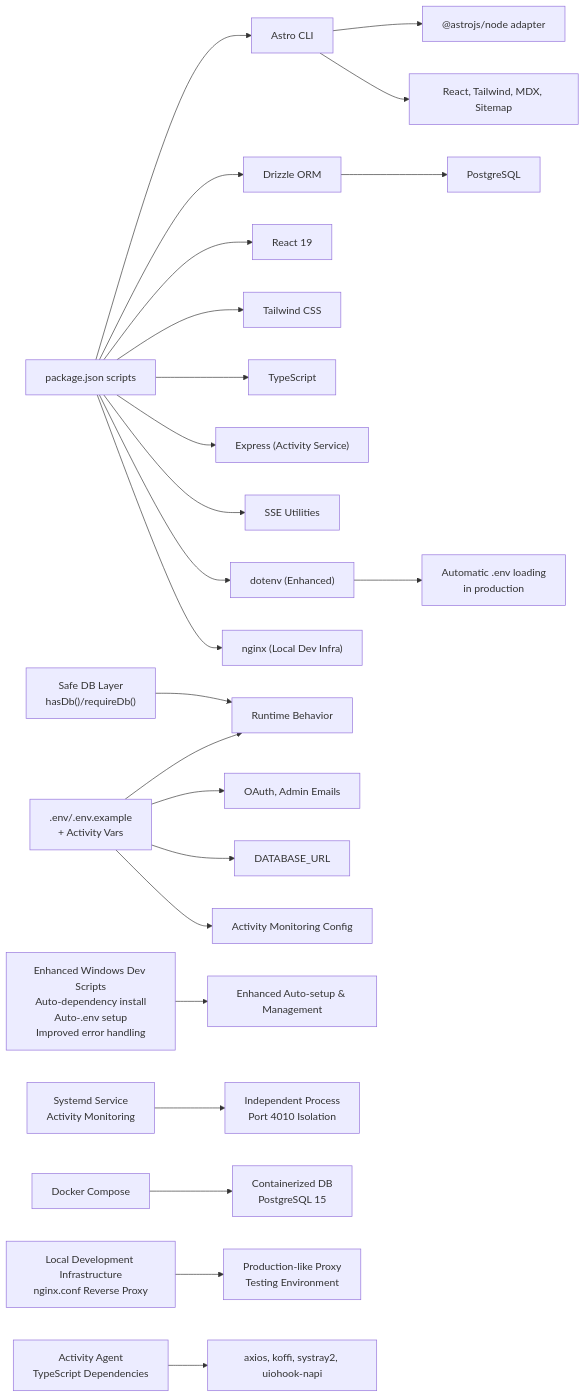
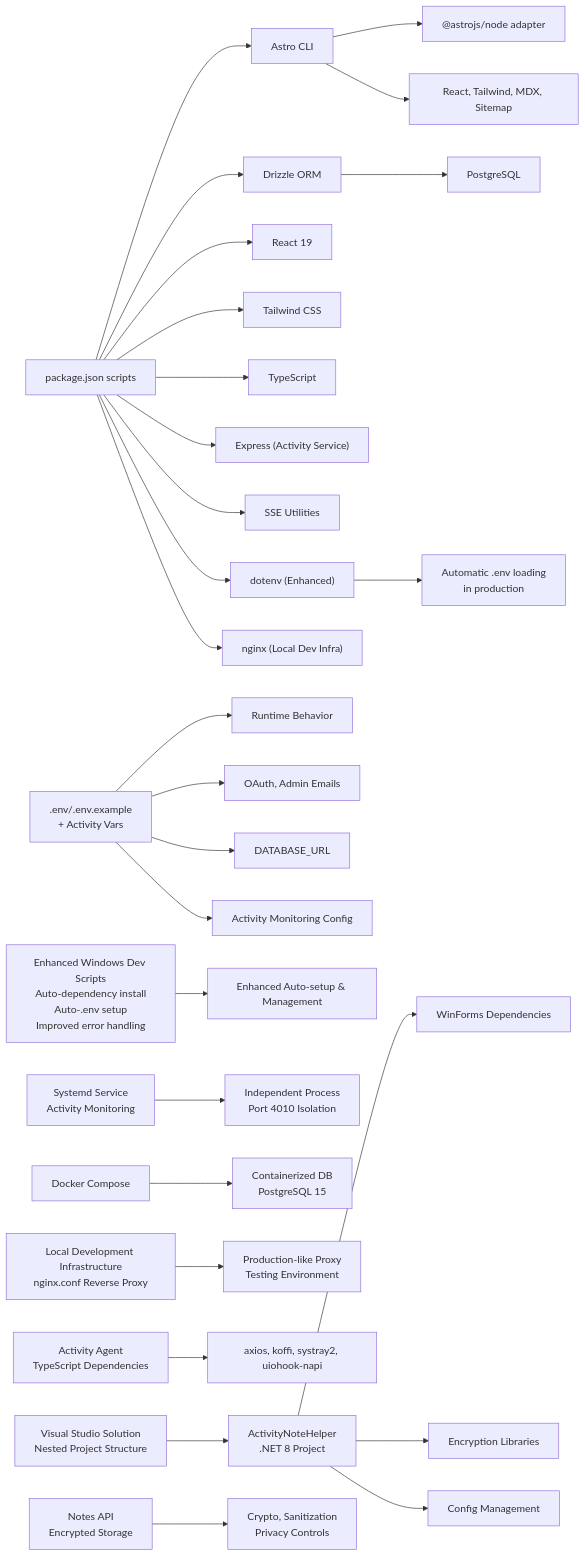
Diagram 17 of 17 in .qoder/repowiki/en/content/Build and Deployment.md (WizardJIOCb/rodion.pro), drawn with Mermaid before and after one commit. The commit also changed other lines of this file and 20 other files, not shown here.

````diff
--- a/.qoder/repowiki/en/content/Build and Deployment.md
+++ b/.qoder/repowiki/en/content/Build and Deployment.md
@@ -959,26 +1083,30 @@
 ```mermaid
 graph LR
 Pkg["package.json scripts"] --> Astro["Astro CLI"]
 Astro --> NodeAdapter["@astrojs/node adapter"]
 Astro --> Integrations["React, Tailwind, MDX, Sitemap"]
 Pkg --> Drizzle["Drizzle ORM"]
 Drizzle --> PG["PostgreSQL"]
 Pkg --> React["React 19"]
 Pkg --> Tailwind["Tailwind CSS"]
 Pkg --> TS["TypeScript"]
 Pkg --> Express["Express (Activity Service)"]
 Pkg --> SSE["SSE Utilities"]
 Pkg --> Dotenv["dotenv (Enhanced)"]
 Pkg --> Nginx["nginx (Local Dev Infra)"]
 Env[".env/.env.example<br/>+ Activity Vars"] --> Runtime["Runtime Behavior"]
 Env --> Auth["OAuth, Admin Emails"]
 Env --> DB["DATABASE_URL"]
 Env --> Activity["Activity Monitoring Config"]
 DevScripts["Enhanced Windows Dev Scripts<br/>Auto-dependency install<br/>Auto-.env setup<br/>Improved error handling"] --> AutoSetup["Enhanced Auto-setup & Management"]
 Dotenv --> EnvLoading["Automatic .env loading<br/>in production"]
 SysdService["Systemd Service<br/>Activity Monitoring"] --> Independent["Independent Process<br/>Port 4010 Isolation"]
 Docker["Docker Compose"] --> Container["Containerized DB<br/>PostgreSQL 15"]
 LocalInfra["Local Development Infrastructure<br/>nginx.conf Reverse Proxy"] --> ProxyConfig["Production-like Proxy<br/>Testing Environment"]
 ActivityAgent["Activity Agent<br/>TypeScript Dependencies"] --> AgentDeps["axios, koffi, systray2, uiohook-napi"]
-DBLayer["Safe DB Layer<br/>hasDb()/requireDb()"] --> Runtime
+Solution["Visual Studio Solution<br/>Nested Project Structure"] --> VSProj["ActivityNoteHelper<br/>.NET 8 Project"]
+VSProj --> WinForms["WinForms Dependencies"]
+VSProj --> Crypto["Encryption Libraries"]
+VSProj --> Config["Config Management"]
+NotesAPI["Notes API<br/>Encrypted Storage"] --> NotesDeps["Crypto, Sanitization<br/>Privacy Controls"]
 ```
````
